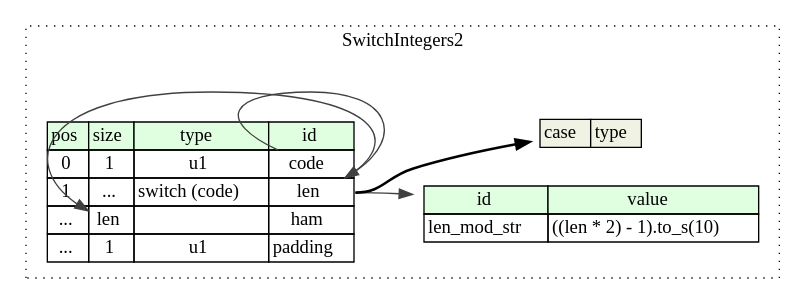
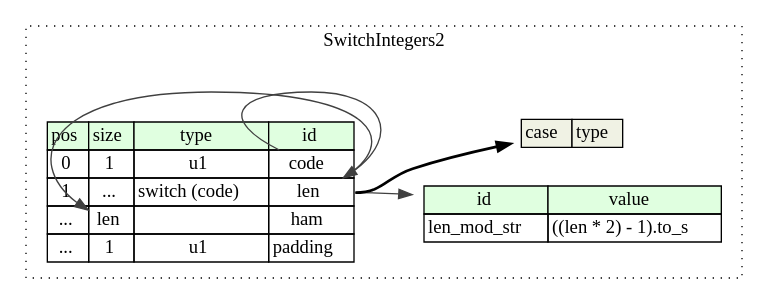
The diagram in compiled/graphviz/switch_integers2.dot (kaitai-io/ci_targets), drawn with Graphviz before and after one commit. The commit also changed 39 other files, not shown here.

```diff
--- a/compiled/graphviz/switch_integers2.dot
+++ b/compiled/graphviz/switch_integers2.dot
@@ -1,27 +1,27 @@
 digraph {
 	rankdir=LR;
 	node [shape=plaintext];
 	subgraph cluster__switch_integers2 {
 		label="SwitchIntegers2";
 		graph[style=dotted];
 
 		switch_integers2__seq [label=<<TABLE BORDER="0" CELLBORDER="1" CELLSPACING="0">
 			<TR><TD BGCOLOR="#E0FFE0">pos</TD><TD BGCOLOR="#E0FFE0">size</TD><TD BGCOLOR="#E0FFE0">type</TD><TD BGCOLOR="#E0FFE0">id</TD></TR>
 			<TR><TD PORT="code_pos">0</TD><TD PORT="code_size">1</TD><TD>u1</TD><TD PORT="code_type">code</TD></TR>
 			<TR><TD PORT="len_pos">1</TD><TD PORT="len_size">...</TD><TD>switch (code)</TD><TD PORT="len_type">len</TD></TR>
 			<TR><TD PORT="ham_pos">...</TD><TD PORT="ham_size">len</TD><TD></TD><TD PORT="ham_type">ham</TD></TR>
 			<TR><TD PORT="padding_pos">...</TD><TD PORT="padding_size">1</TD><TD>u1</TD><TD PORT="padding_type">padding</TD></TR>
 		</TABLE>>];
 		switch_integers2__inst__len_mod_str [label=<<TABLE BORDER="0" CELLBORDER="1" CELLSPACING="0">
 			<TR><TD BGCOLOR="#E0FFE0">id</TD><TD BGCOLOR="#E0FFE0">value</TD></TR>
-			<TR><TD>len_mod_str</TD><TD>((len * 2) - 1).to_s(10)</TD></TR>
+			<TR><TD>len_mod_str</TD><TD>((len * 2) - 1).to_s</TD></TR>
 		</TABLE>>];
 switch_integers2__seq_len_switch [label=<<TABLE BORDER="0" CELLBORDER="1" CELLSPACING="0">
 	<TR><TD BGCOLOR="#F0F2E4">case</TD><TD BGCOLOR="#F0F2E4">type</TD></TR>
 </TABLE>>];
 	}
 	switch_integers2__seq:len_type -> switch_integers2__seq_len_switch [style=bold];
 	switch_integers2__seq:code_type -> switch_integers2__seq:len_type [color="#404040"];
 	switch_integers2__seq:len_type -> switch_integers2__seq:ham_size [color="#404040"];
 	switch_integers2__seq:len_type -> switch_integers2__inst__len_mod_str [color="#404040"];
 }
```
